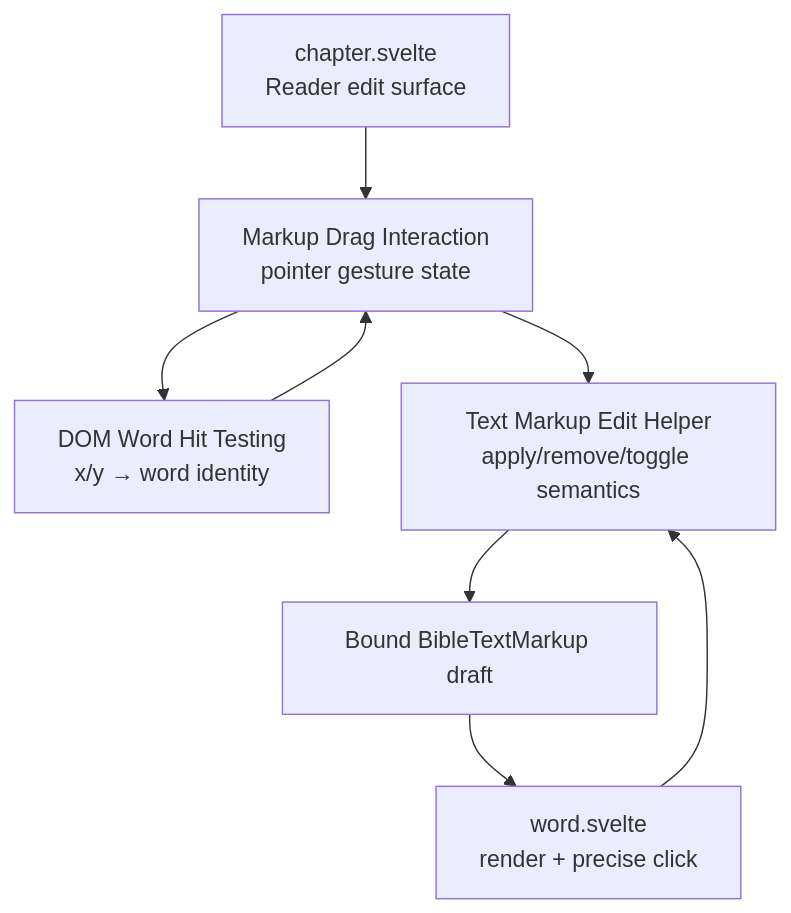
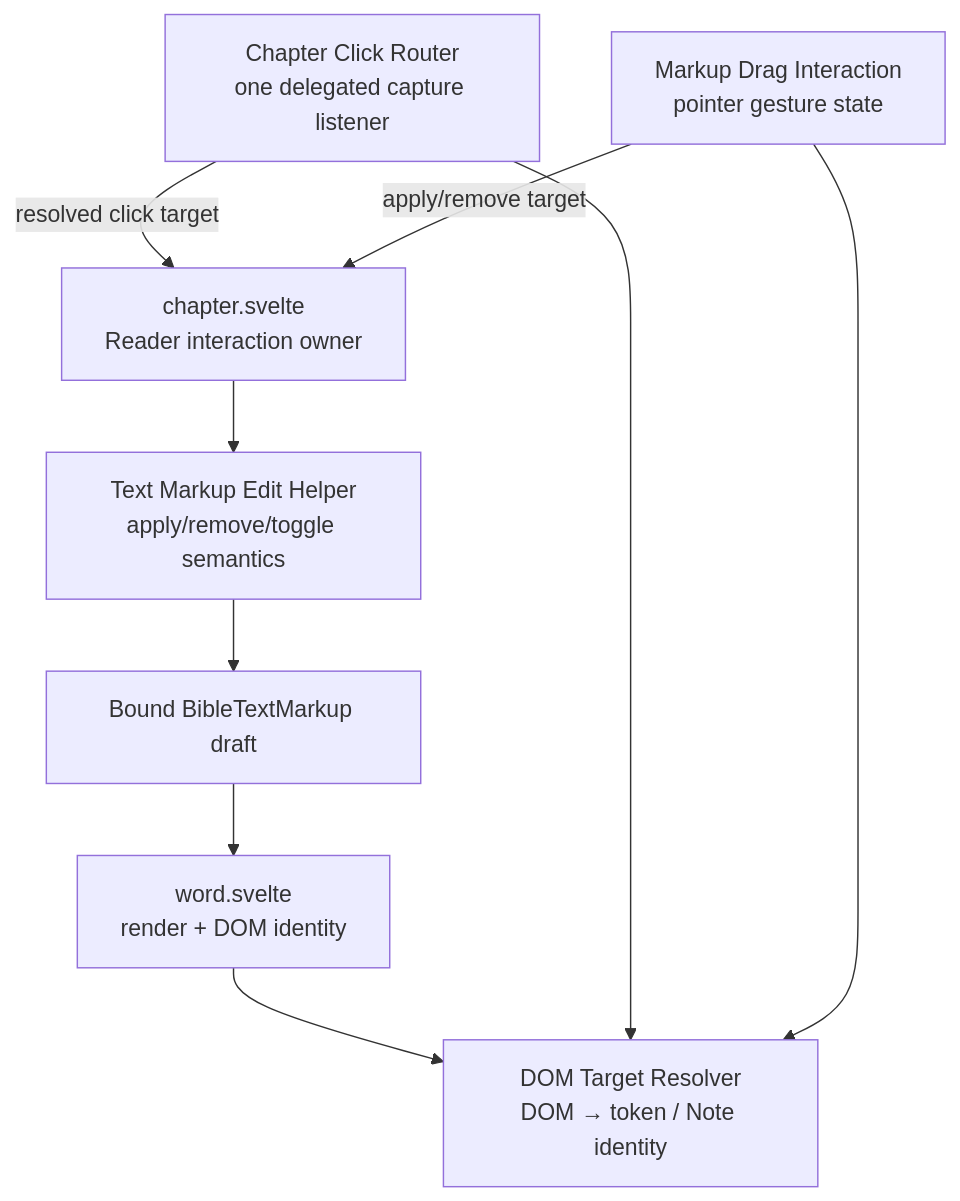
One commit to kjvonly/kjvonly.bible changed the first of 3 diagrams in docs/03_implementation/domains/bible/003-text-markup-drag-editing.md. Above: the diagram before and after it, drawn with Mermaid. The commit also changed other lines of this file and 66 other files, not shown here.

First line of the commit message:
Add Bible note location selection, reader interaction refactor, and navigation enhancements

````diff
--- a/docs/03_implementation/domains/bible/003-text-markup-drag-editing.md
+++ b/docs/03_implementation/domains/bible/003-text-markup-drag-editing.md
@@ -266,17 +266,19 @@
 ```mermaid
 flowchart TD
-    Chapter[chapter.svelte\nReader edit surface]
+    Chapter[chapter.svelte\nReader interaction owner]
+    Router[Chapter Click Router\none delegated capture listener]
     Drag[Markup Drag Interaction\npointer gesture state]
-    Hit[DOM Word Hit Testing\nx/y → word identity]
+    Hit[DOM Target Resolver\nDOM → token / Note identity]
     Edit[Text Markup Edit Helper\napply/remove/toggle semantics]
-    Word[word.svelte\nrender + precise click]
+    Word[word.svelte\nrender + DOM identity]
     Draft[Bound BibleTextMarkup draft]
 
-    Chapter --> Drag
+    Word --> Hit
+    Router --> Hit
     Drag --> Hit
-    Hit --> Drag
-    Drag --> Edit
-    Word --> Edit
+    Router -->|resolved click target| Chapter
+    Drag -->|apply/remove target| Chapter
+    Chapter --> Edit
     Edit --> Draft
     Draft --> Word
 ```
````
